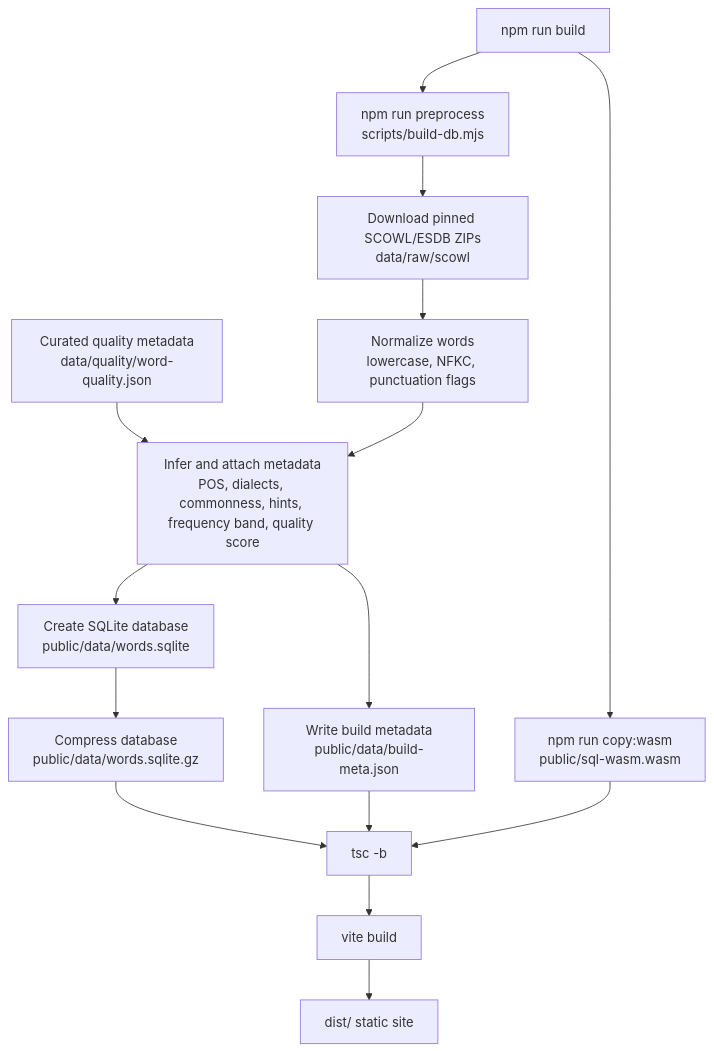
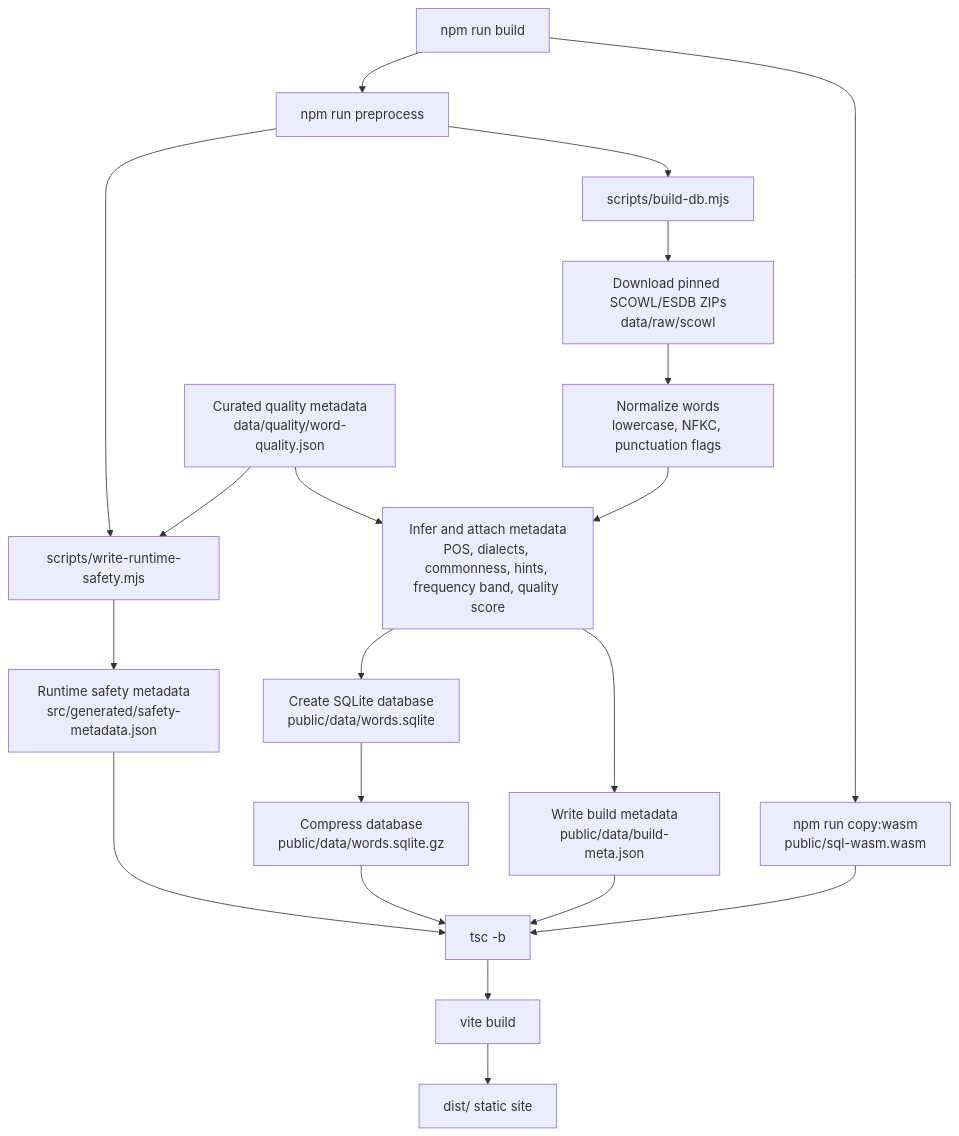
One commit to danysdragons/random-words changed the second of 14 diagrams in docs/architecture.md. Above: the diagram before and after it, drawn with Mermaid. The commit also changed other lines of this file and 10 other files, not shown here.

First line of the commit message:
Unify filters and safety metadata

````diff
--- a/docs/architecture.md
+++ b/docs/architecture.md
@@ -56,31 +57,39 @@
 ```mermaid
 flowchart TD
   Start["npm run build"]
-  Preprocess["npm run preprocess<br/>scripts/build-db.mjs"]
+  Preprocess["npm run preprocess"]
+  SafetyScript["scripts/write-runtime-safety.mjs"]
+  RuntimeSafety["Runtime safety metadata<br/>src/generated/safety-metadata.json"]
+  BuildDb["scripts/build-db.mjs"]
   Download["Download pinned SCOWL/ESDB ZIPs<br/>data/raw/scowl"]
   QualityJson["Curated quality metadata<br/>data/quality/word-quality.json"]
   Normalize["Normalize words<br/>lowercase, NFKC, punctuation flags"]
   Enrich["Infer and attach metadata<br/>POS, dialects, commonness, hints, frequency band, quality score"]
   SQLite["Create SQLite database<br/>public/data/words.sqlite"]
   SQLiteGzip["Compress database<br/>public/data/words.sqlite.gz"]
   Meta["Write build metadata<br/>public/data/build-meta.json"]
   CopyWasm["npm run copy:wasm<br/>public/sql-wasm.wasm"]
   Typecheck["tsc -b"]
   Vite["vite build"]
   Dist["dist/ static site"]
 
   Start --> Preprocess
-  Preprocess --> Download
+  Preprocess --> SafetyScript
+  Preprocess --> BuildDb
+  QualityJson --> SafetyScript
+  SafetyScript --> RuntimeSafety
+  BuildDb --> Download
   QualityJson --> Enrich
   Download --> Normalize
   Normalize --> Enrich
   Enrich --> SQLite
   SQLite --> SQLiteGzip
   Enrich --> Meta
   Start --> CopyWasm
+  RuntimeSafety --> Typecheck
   SQLiteGzip --> Typecheck
   Meta --> Typecheck
   CopyWasm --> Typecheck
   Typecheck --> Vite
   Vite --> Dist
 ```
````
